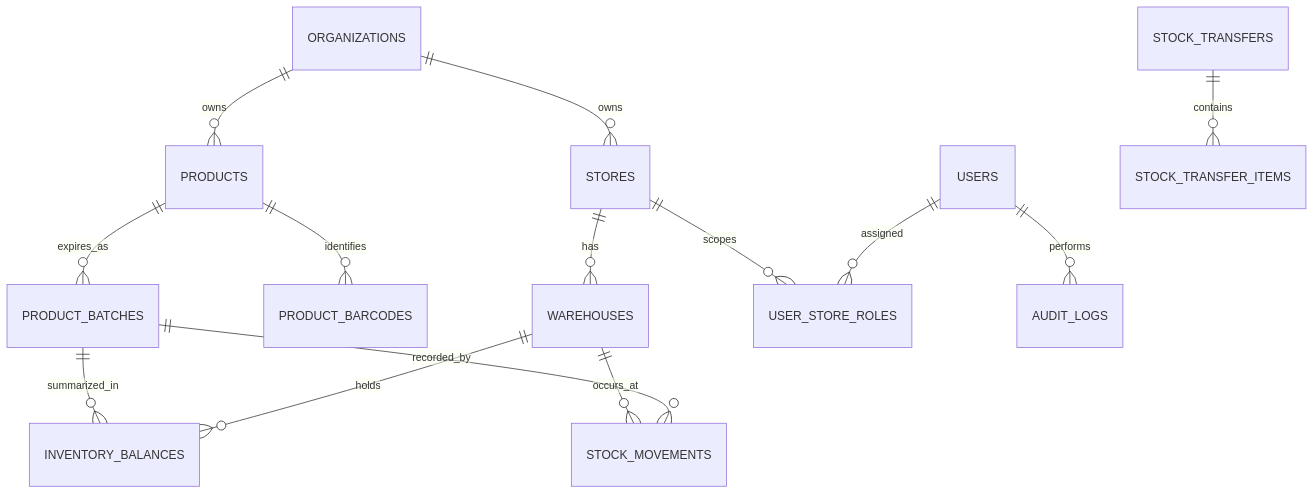
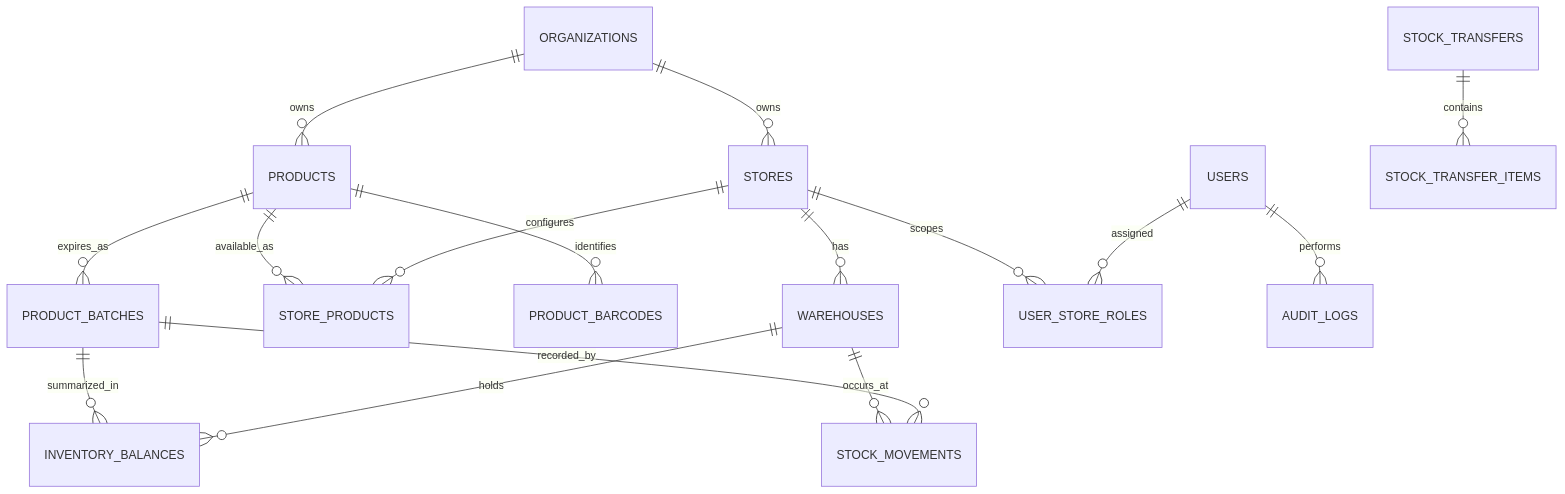
The second of 3 diagrams in docs/02-Technical-Design.md (fengduanzhuang1124/newSunShinestore), drawn with Mermaid before and after one commit. The commit also changed other lines of this file and 86 other files, not shown here.

````diff
--- a/docs/02-Technical-Design.md
+++ b/docs/02-Technical-Design.md
@@ -66,16 +66,18 @@
 ```mermaid
 erDiagram
     ORGANIZATIONS ||--o{ STORES : owns
     STORES ||--o{ WAREHOUSES : has
     ORGANIZATIONS ||--o{ PRODUCTS : owns
+    STORES ||--o{ STORE_PRODUCTS : configures
+    PRODUCTS ||--o{ STORE_PRODUCTS : available_as
     PRODUCTS ||--o{ PRODUCT_BARCODES : identifies
     PRODUCTS ||--o{ PRODUCT_BATCHES : expires_as
     WAREHOUSES ||--o{ INVENTORY_BALANCES : holds
     PRODUCT_BATCHES ||--o{ INVENTORY_BALANCES : summarized_in
     PRODUCT_BATCHES ||--o{ STOCK_MOVEMENTS : recorded_by
     WAREHOUSES ||--o{ STOCK_MOVEMENTS : occurs_at
     USERS ||--o{ USER_STORE_ROLES : assigned
     STORES ||--o{ USER_STORE_ROLES : scopes
     STOCK_TRANSFERS ||--o{ STOCK_TRANSFER_ITEMS : contains
     USERS ||--o{ AUDIT_LOGS : performs
 ```
````
